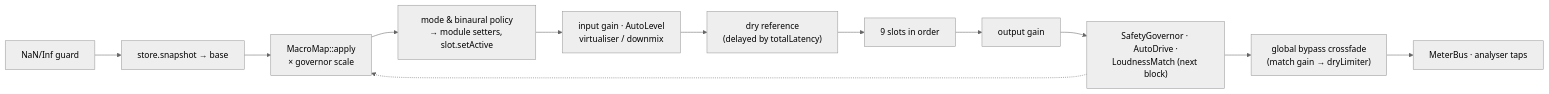
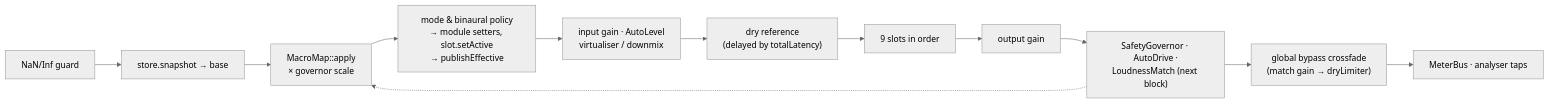
The second of 2 diagrams in docs/05-code-skeletons.md (flubydooby-creator/Flubsound), drawn with Mermaid (neutral theme) before and after one commit. The commit also changed other lines of this file and 12 other files, not shown here.

````diff
--- a/docs/05-code-skeletons.md
+++ b/docs/05-code-skeletons.md
@@ -827,14 +837,14 @@
 ```mermaid
 flowchart LR
     A["NaN/Inf guard"] --> B["store.snapshot → base"]
     B --> C["MacroMap::apply<br/>× governor scale"]
-    C --> D["mode & binaural policy<br/>→ module setters, slot.setActive"]
+    C --> D["mode & binaural policy<br/>→ module setters, slot.setActive<br/>→ publishEffective"]
     D --> E["input gain · AutoLevel<br/>virtualiser / downmix"]
     E --> F["dry reference<br/>(delayed by totalLatency)"]
     F --> G["9 slots in order"]
     G --> H["output gain"]
     H --> I["SafetyGovernor · AutoDrive ·<br/>LoudnessMatch (next block)"]
     I --> J["global bypass crossfade<br/>(match gain → dryLimiter)"]
     J --> K["MeterBus · analyser taps"]
     I -.-> C
 ```
````
